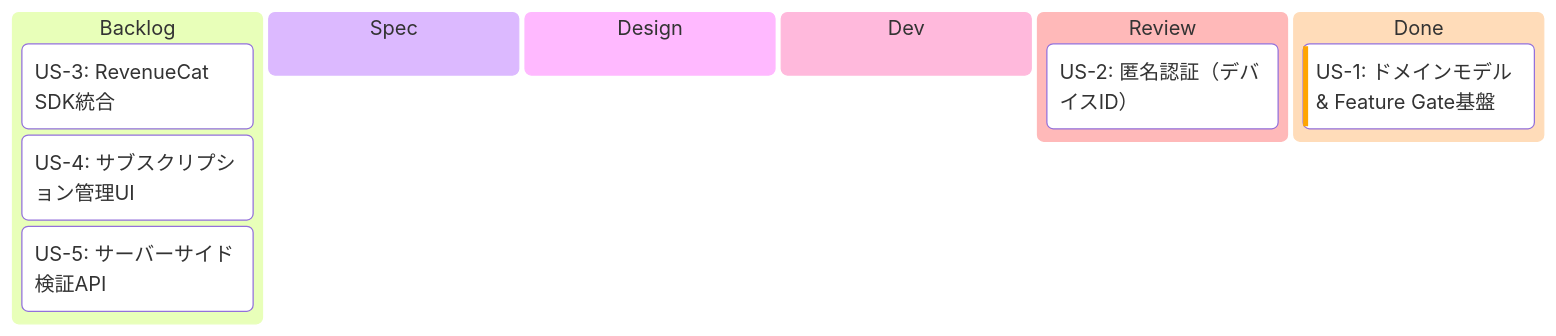
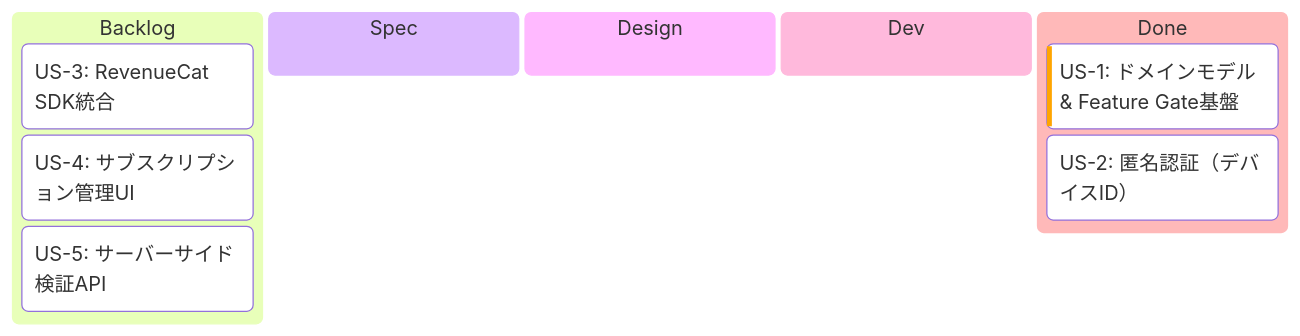
The first of 2 diagrams in implement-context/subscription/EPIC.md (saki0000/collab-stream), drawn with Mermaid before and after one commit. The commit also changed other lines of this file and 1 other file, not shown here.

````diff
--- a/implement-context/subscription/EPIC.md
+++ b/implement-context/subscription/EPIC.md
@@ -25,19 +25,18 @@
 ```mermaid
 ---
 config:
   kanban:
     ticketBaseUrl: ''
 ---
 kanban
   backlog[Backlog]
     us3[US-3: RevenueCat SDK統合]
     us4[US-4: サブスクリプション管理UI]
     us5[US-5: サーバーサイド検証API]
   spec[Spec]
   design[Design]
   dev[Dev]
-  review[Review]
-    us2[US-2: 匿名認証（デバイスID）]
   done[Done]
     us1[US-1: ドメインモデル & Feature Gate基盤]@{ priority: 'High' }
+    us2[US-2: 匿名認証（デバイスID）]
 ```
````
